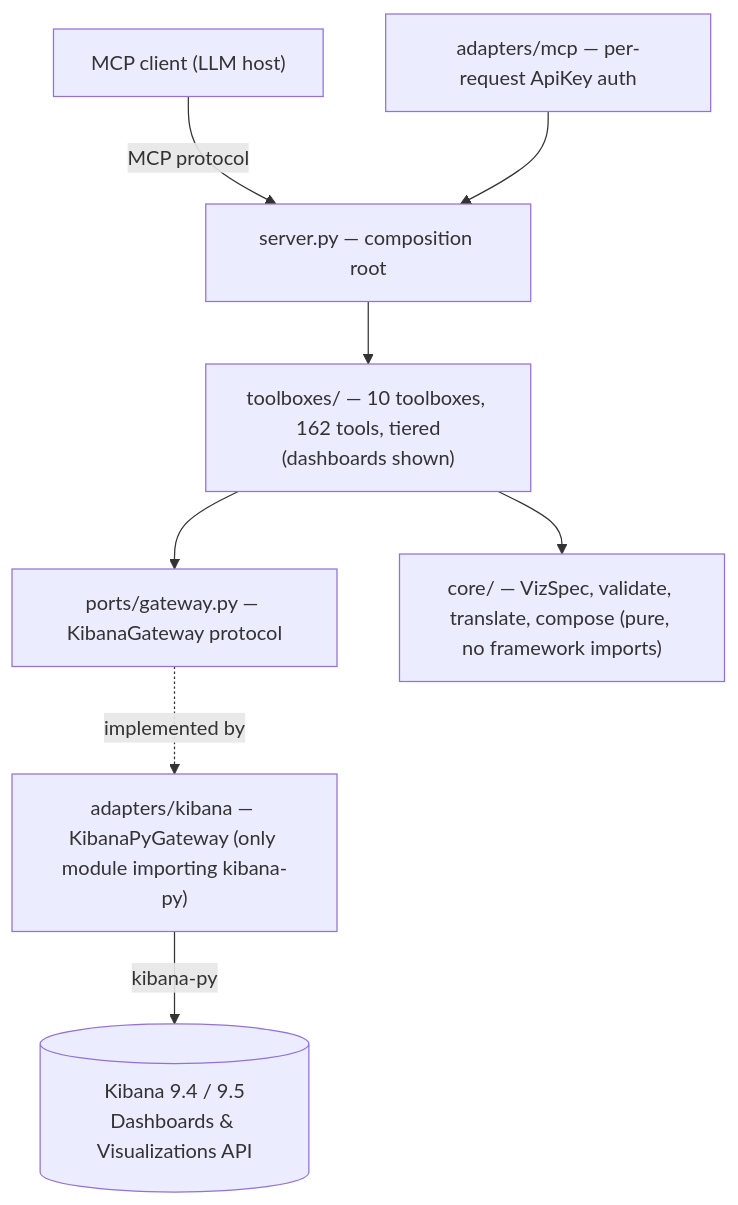
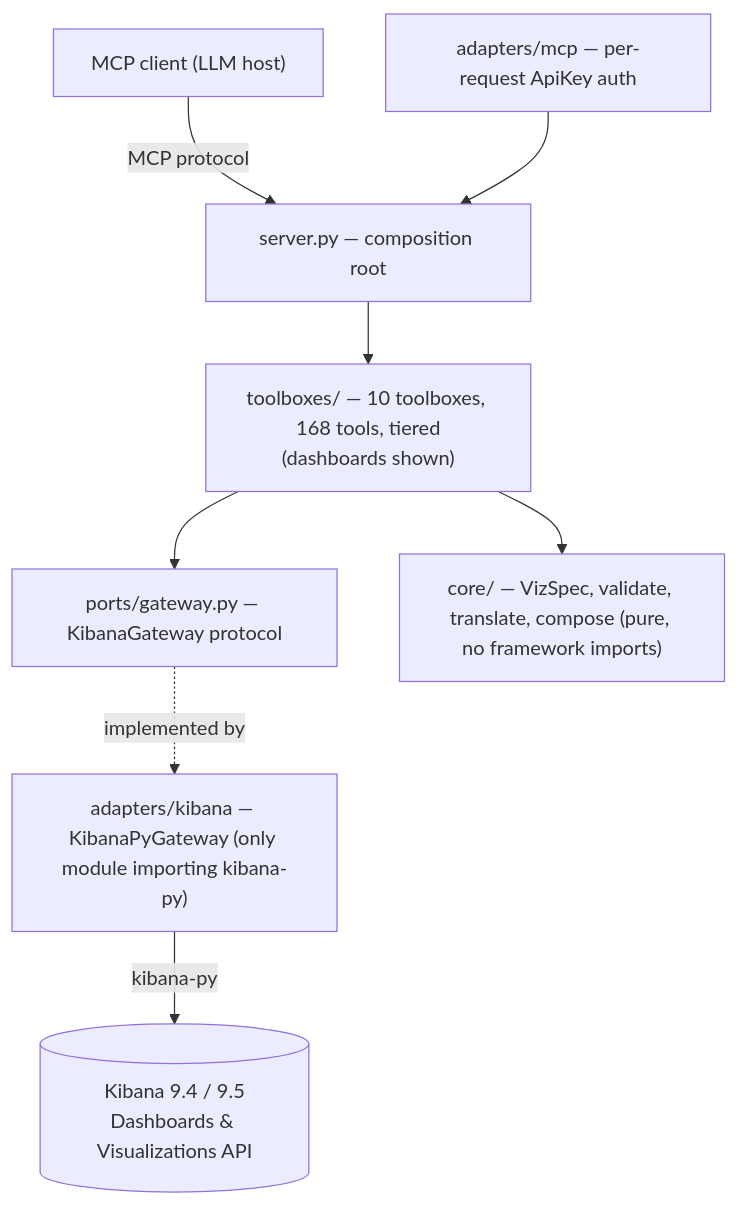
One commit to pedro-angel/mcp-for-kibana changed the second of 4 diagrams in docs/architecture.md. Above: the diagram before and after it, drawn with Mermaid. The commit also changed other lines of this file and 33 other files, not shown here.

````diff
--- a/docs/architecture.md
+++ b/docs/architecture.md
@@ -47,10 +47,10 @@
 ```mermaid
 flowchart TD
     Client["MCP client (LLM host)"] -->|MCP protocol| Server
     AuthAdapter["adapters/mcp — per-request ApiKey auth"] --> Server
-    Server["server.py — composition root"] --> Toolboxes["toolboxes/ — 10 toolboxes, 162 tools, tiered<br/>(dashboards shown)"]
+    Server["server.py — composition root"] --> Toolboxes["toolboxes/ — 10 toolboxes, 168 tools, tiered<br/>(dashboards shown)"]
     Toolboxes --> Ports["ports/gateway.py — KibanaGateway protocol"]
     Toolboxes --> Core["core/ — VizSpec, validate, translate, compose (pure, no framework imports)"]
     Ports -. implemented by .-> KibanaAdapter["adapters/kibana — KibanaPyGateway (only module importing kibana-py)"]
     KibanaAdapter -->|kibana-py| Kibana[("Kibana 9.4 / 9.5\nDashboards & Visualizations API")]
 ```
````
